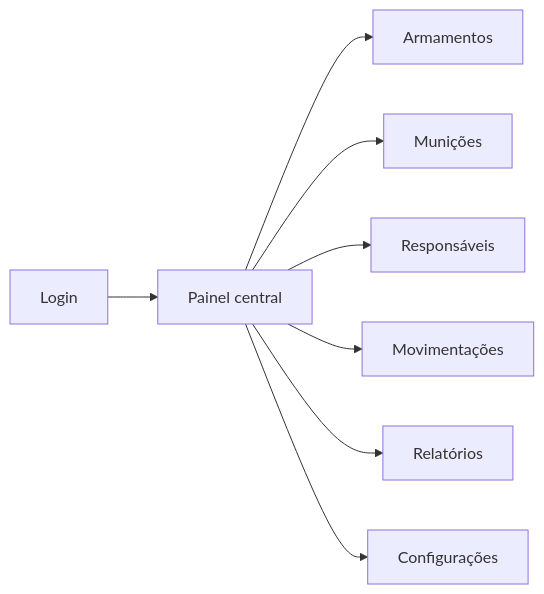
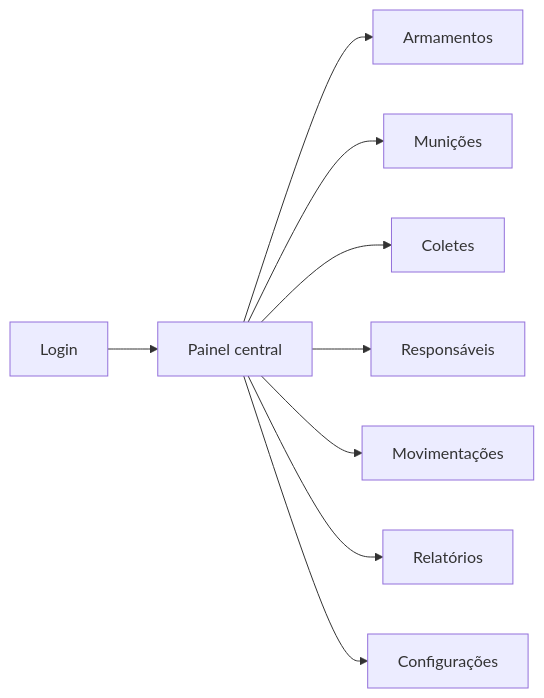
Before and after one commit to PauloHenrique993940/AtivoControl: the third of 4 diagrams in docs/ARQUITETURA.md, drawn with Mermaid. The commit also changed other lines of this file and 42 other files, not shown here.

````diff
--- a/docs/ARQUITETURA.md
+++ b/docs/ARQUITETURA.md
@@ -57,10 +57,11 @@
 ```mermaid
 flowchart LR
   login["Login"] --> panel["Painel central"]
   panel --> weapons["Armamentos"]
   panel --> ammo["Munições"]
+  panel --> vests["Coletes"]
   panel --> people["Responsáveis"]
   panel --> movements["Movimentações"]
   panel --> reports["Relatórios"]
   panel --> settings["Configurações"]
 ```
````
